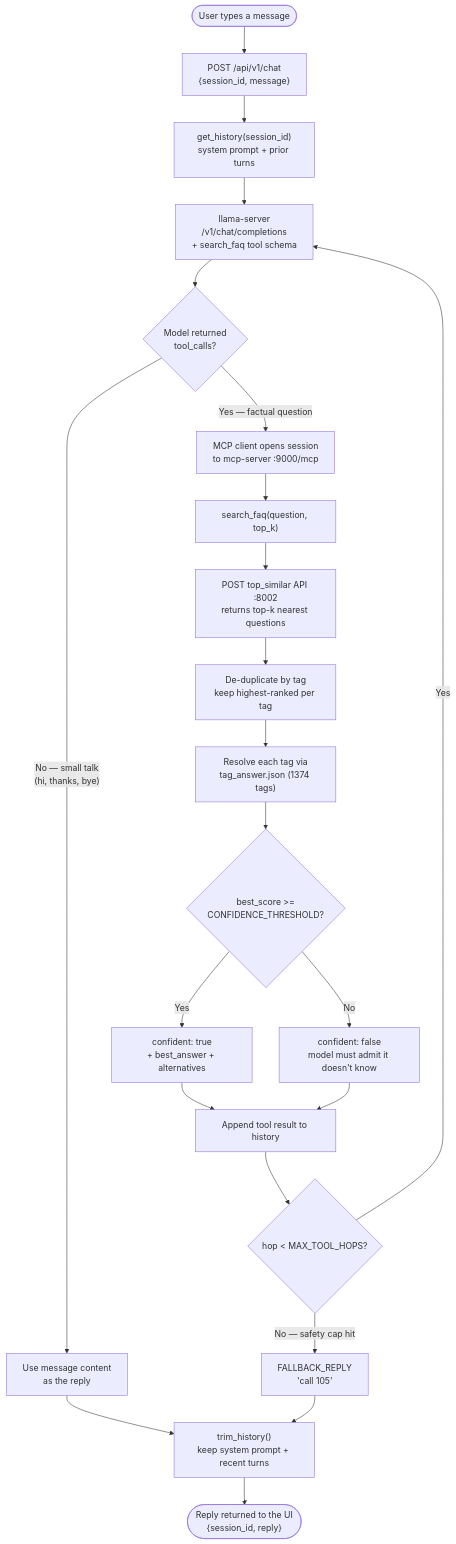
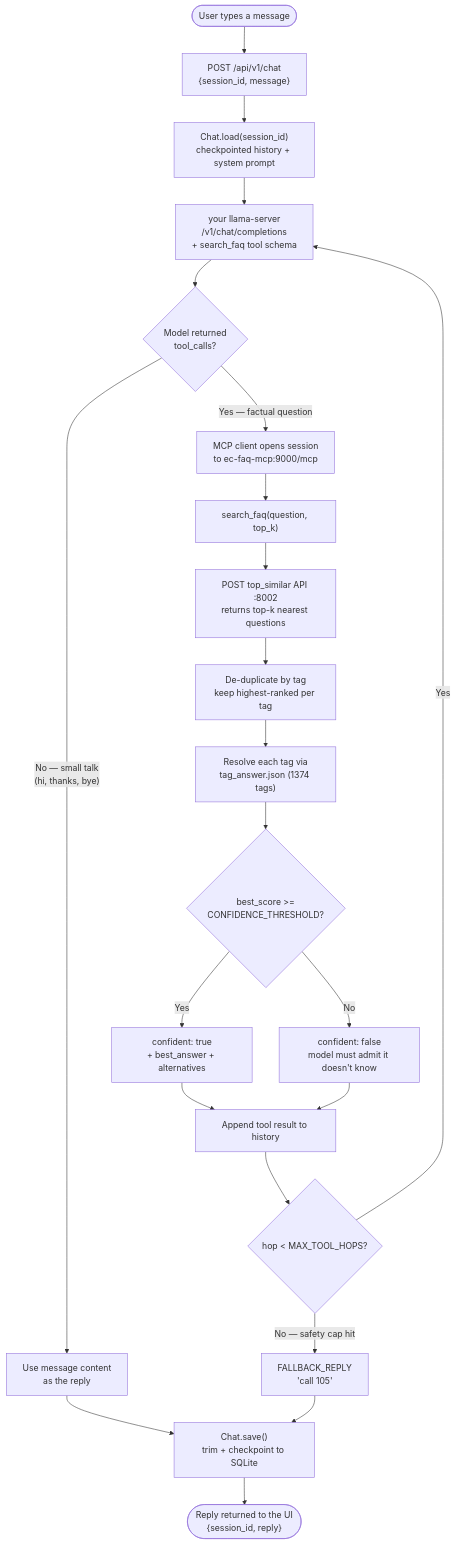
The diagram in README.md (sayed-shaun/ec-conversational-chatbot), drawn with Mermaid before and after one commit. The commit also changed other lines of this file and 2 other files, not shown here.

````diff
--- a/README.md
+++ b/README.md
@@ -60,30 +62,30 @@
 ```mermaid
 flowchart TD
     U([User types a message]) --> POST["POST /api/v1/chat<br/>{session_id, message}"]
-    POST --> HIST["get_history(session_id)<br/>system prompt + prior turns"]
-    HIST --> LLM["llama-server<br/>/v1/chat/completions<br/>+ search_faq tool schema"]
+    POST --> HIST["Chat.load(session_id)<br/>checkpointed history + system prompt"]
+    HIST --> LLM["your llama-server<br/>/v1/chat/completions<br/>+ search_faq tool schema"]
 
     LLM --> Q{"Model returned<br/>tool_calls?"}
 
     Q -->|"No — small talk<br/>(hi, thanks, bye)"| DIRECT["Use message content<br/>as the reply"]
 
-    Q -->|"Yes — factual question"| MCP["MCP client opens session<br/>to mcp-server :9000/mcp"]
+    Q -->|"Yes — factual question"| MCP["MCP client opens session<br/>to ec-faq-mcp:9000/mcp"]
     MCP --> TOOL["search_faq(question, top_k)"]
     TOOL --> SIM["POST top_similar API :8002<br/>returns top-k nearest questions"]
     SIM --> DEDUP["De-duplicate by tag<br/>keep highest-ranked per tag"]
     DEDUP --> RESOLVE["Resolve each tag via<br/>tag_answer.json (1374 tags)"]
     RESOLVE --> CONF{"best_score >=<br/>CONFIDENCE_THRESHOLD?"}
 
     CONF -->|Yes| PAYLOAD["confident: true<br/>+ best_answer + alternatives"]
     CONF -->|No| PAYLOAD2["confident: false<br/>model must admit it doesn't know"]
 
     PAYLOAD --> FEED
     PAYLOAD2 --> FEED["Append tool result to history"]
     FEED --> HOPS{"hop < MAX_TOOL_HOPS?"}
     HOPS -->|Yes| LLM
     HOPS -->|"No — safety cap hit"| FB["FALLBACK_REPLY<br/>'call 105'"]
 
-    DIRECT --> TRIM
-    FB --> TRIM["trim_history()<br/>keep system prompt + recent turns"]
-    TRIM --> RESP(["Reply returned to the UI<br/>{session_id, reply}"])
+    DIRECT --> SAVE
+    FB --> SAVE["Chat.save()<br/>trim + checkpoint to SQLite"]
+    SAVE --> RESP(["Reply returned to the UI<br/>{session_id, reply}"])
 ```
````
